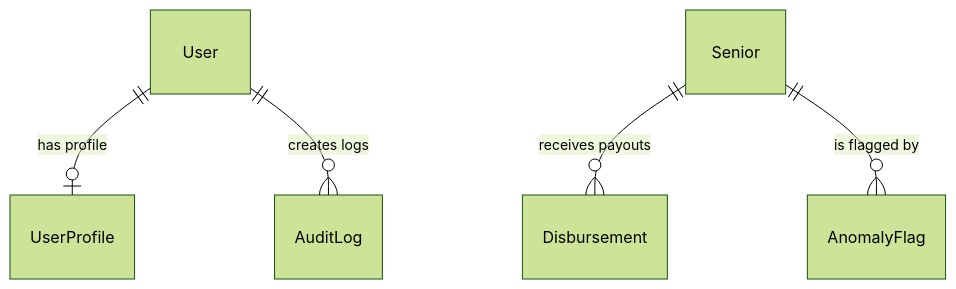
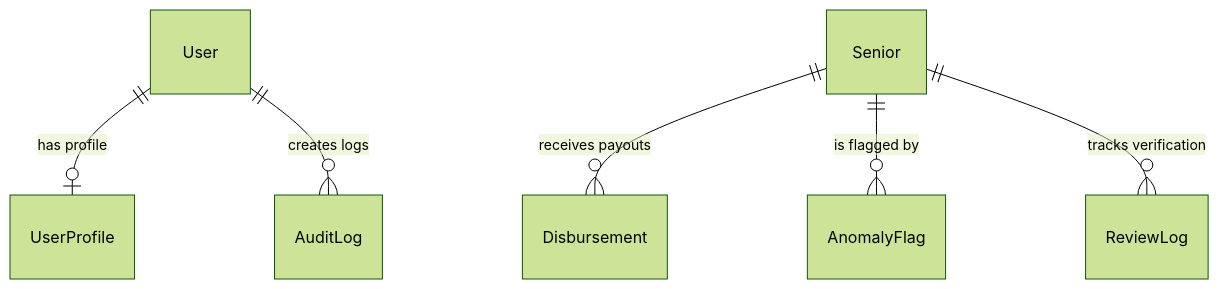
Before and after one commit to khiroez/CENTENARYO: the diagram in SYSTEM_DOCUMENTATION.md, drawn with Mermaid (forest theme). The commit also changed other lines of this file, not shown here.

````diff
--- a/SYSTEM_DOCUMENTATION.md
+++ b/SYSTEM_DOCUMENTATION.md
@@ -57,7 +71,8 @@
 ```mermaid
 erDiagram
     User ||--o| UserProfile : "has profile"
     User ||--o{ AuditLog : "creates logs"
     Senior ||--o{ Disbursement : "receives payouts"
     Senior ||--o{ AnomalyFlag : "is flagged by"
+    Senior ||--o{ ReviewLog : "tracks verification"
 ```
````
